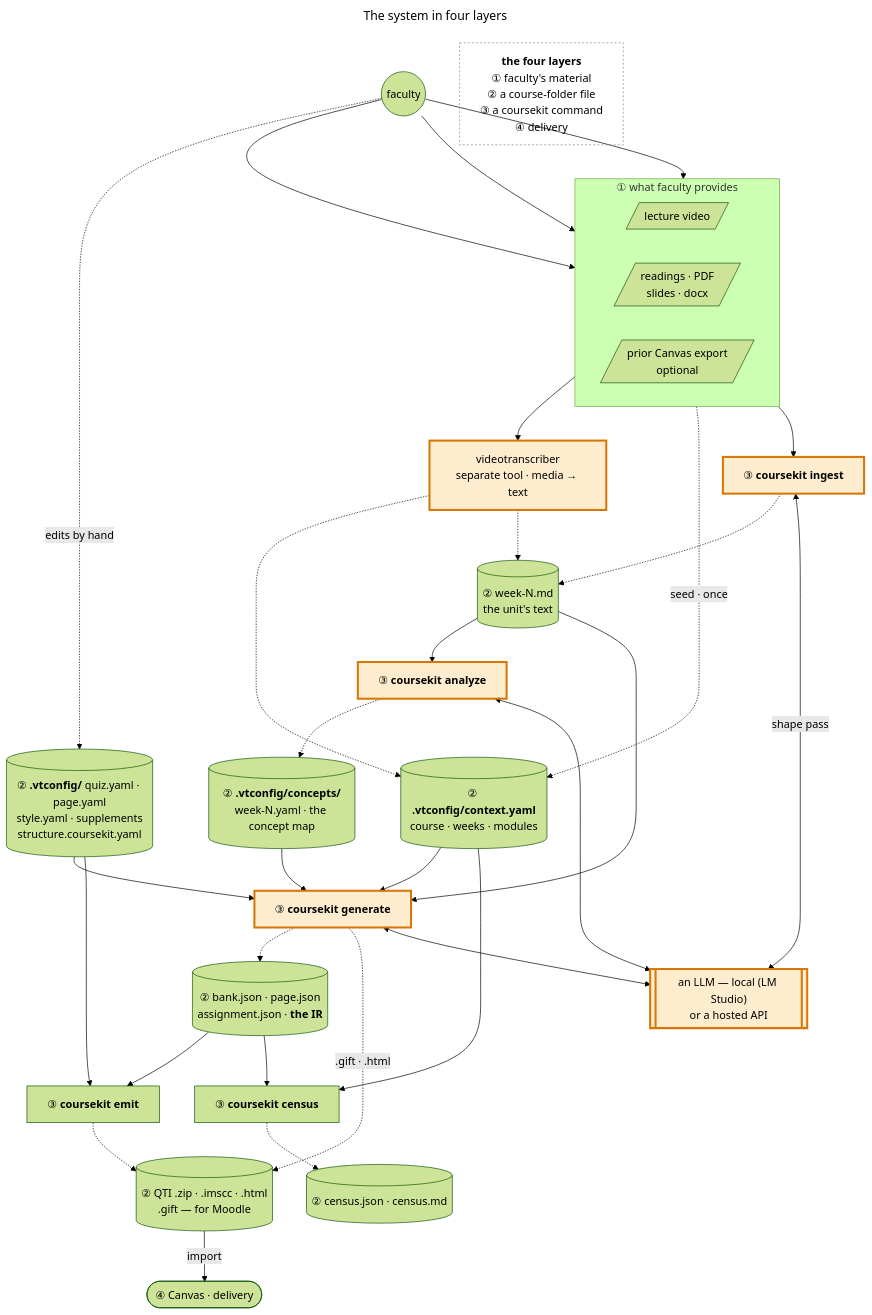
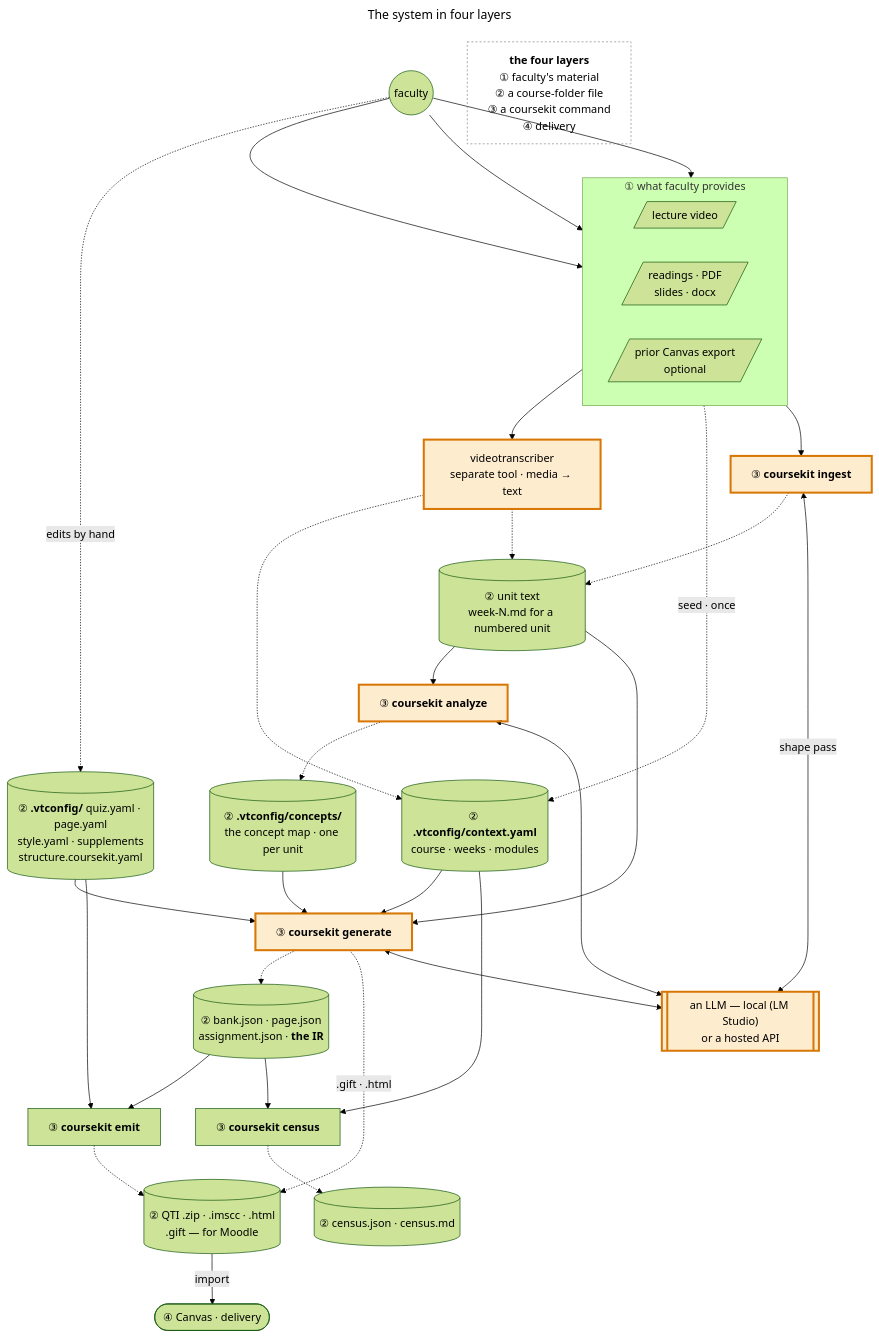
The second of 3 diagrams in docs/architecture.md (andrew-atkinson/courseKit), drawn with Mermaid (forest theme) before and after one commit. The commit also changed other lines of this file and 14 other files, not shown here.

````diff
--- a/docs/architecture.md
+++ b/docs/architecture.md
@@ -37,63 +37,63 @@
 ```mermaid
 ---
 title: The system in four layers
 ---
 flowchart TB
     prof(("faculty"))
     layers["<b>the four layers</b><br/>①#nbsp;faculty's#nbsp;material<br/>②#nbsp;a#nbsp;course-folder#nbsp;file<br/>③#nbsp;a#nbsp;coursekit#nbsp;command<br/>④#nbsp;delivery"]:::legend
 
     subgraph L1 [" ① what faculty provides "]
         direction LR
         video[/"lecture video"/]
         docs[/"readings · PDF<br/>slides · docx"/]
         export[/"prior Canvas export<br/>optional"/]
     end
 
     vt["videotranscriber<br/>separate tool · media → text"]
     ingest["③ <b>coursekit ingest</b>"]
 
     ctx[("② <b>.vtconfig/context.yaml</b><br/>course · weeks · modules")]
-    wk[("② week-N.md<br/>the unit's text")]
+    wk[("② unit text<br/>week-N.md for a numbered unit")]
     ycfg[("② <b>.vtconfig/</b> quiz.yaml · page.yaml<br/>style.yaml · supplements<br/>structure.coursekit.yaml")]
 
     analyze["③ <b>coursekit analyze</b>"]
-    cmap[("② <b>.vtconfig/concepts/</b><br/>week-N.yaml · the concept map")]
+    cmap[("② <b>.vtconfig/concepts/</b><br/>the concept map · one per unit")]
     generate["③ <b>coursekit generate</b>"]
     ir[("② bank.json · page.json<br/>assignment.json · <b>the IR</b>")]
     emit["③ <b>coursekit emit</b>"]
     census["③ <b>coursekit census</b>"]
     pkg[("② QTI .zip · .imscc · .html<br/>.gift — for Moodle")]
     cen[("② census.json · census.md")]
 
     llm[["an LLM — local (LM Studio)<br/>or a hosted API"]]
     canvas([" ④ Canvas · delivery "])
 
     prof --> video & docs & export
     prof -. "edits by hand" .-> ycfg
 
     video --> vt
     vt -.-> ctx & wk
     export -. "seed · once" .-> ctx
     docs --> ingest
     ingest -.-> wk
 
     wk --> analyze -.-> cmap
     wk & ctx & ycfg & cmap --> generate
     generate -.-> ir
     ir & ycfg --> emit
     ir & ctx --> census
     emit -.-> pkg
     generate -. ".gift · .html" .-> pkg
     census -.-> cen
 
     ingest <-- "shape pass" --> llm
     analyze <--> llm
     generate <--> llm
 
     pkg -- "import" --> canvas
 
     classDef model fill:#f59e0b33,stroke:#d97706,stroke-width:3px
     classDef legend fill:none,stroke:#888,stroke-width:1px,stroke-dasharray:3 3
     classDef maybe fill:#f59e0b14,stroke:#d97706,stroke-width:2px,stroke-dasharray:6 4
     class vt,ingest,analyze,generate,llm model
 ```
````
